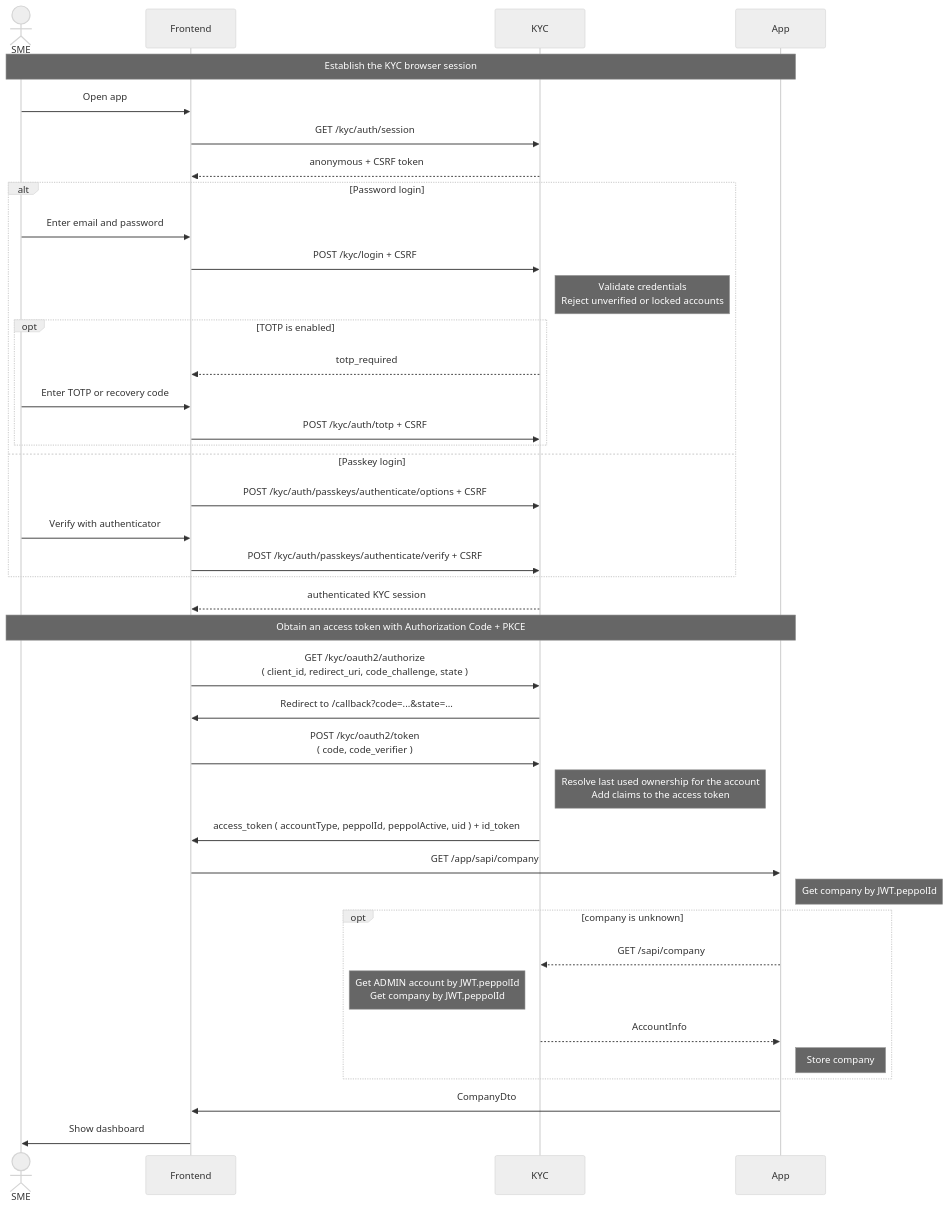
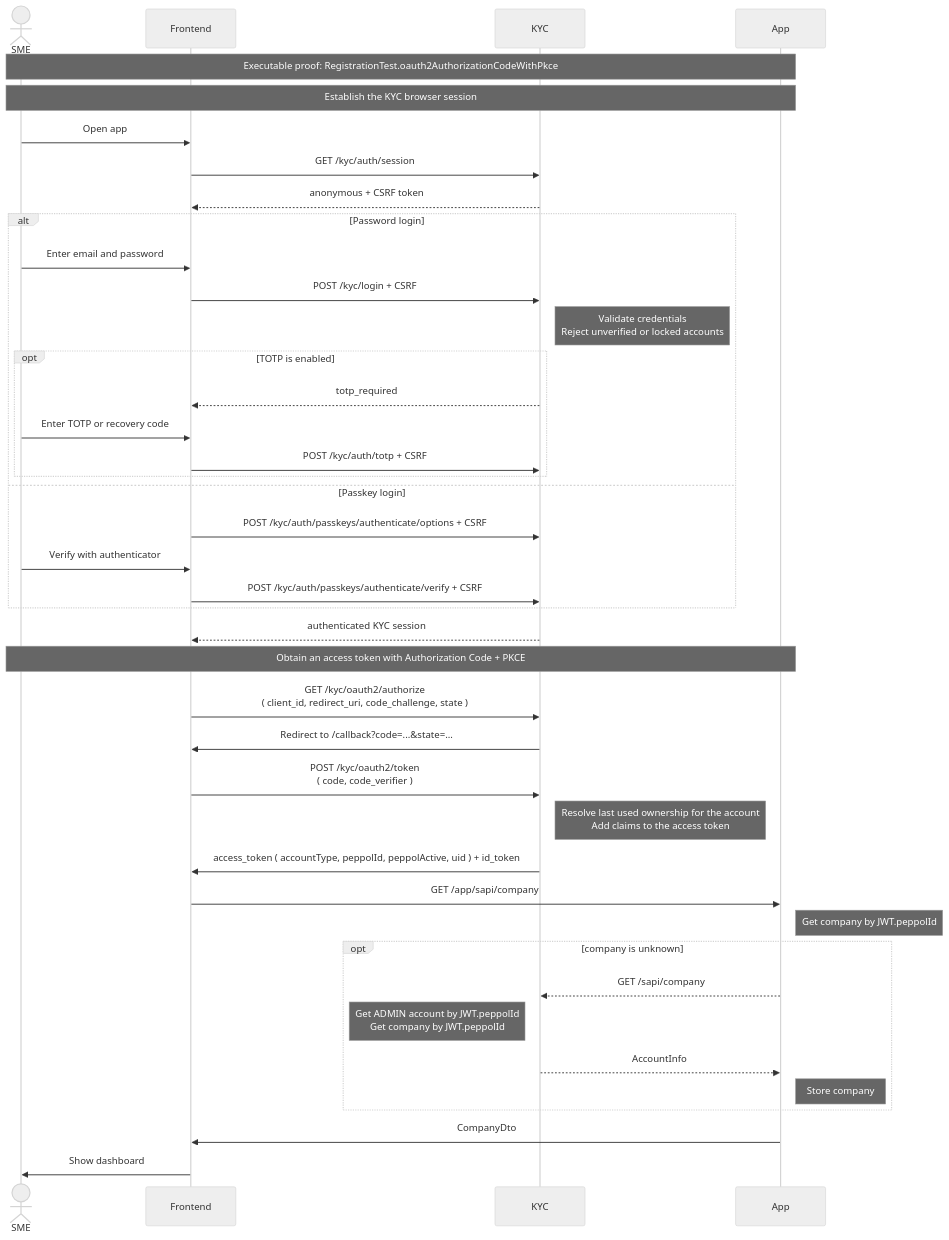
The diagram in readme/login.md (letspeppol/letspeppol), drawn with Mermaid (neutral theme) before and after one commit. The commit also changed other lines of this file and 60 other files, not shown here.

````diff
--- a/readme/login.md
+++ b/readme/login.md
@@ -13,44 +15,46 @@
 ```mermaid
 sequenceDiagram
     actor SME as SME
     participant Frontend as Frontend
     participant KYC as KYC
     participant App as App
+
+    Note over SME, App: Executable proof: RegistrationTest.oauth2AuthorizationCodeWithPkce
 
 Note over SME, App: Establish the KYC browser session
     SME ->> Frontend: Open app
     Frontend ->> KYC: GET /kyc/auth/session
     KYC -->> Frontend: anonymous + CSRF token
     alt Password login
         SME ->> Frontend: Enter email and password
         Frontend ->> KYC: POST /kyc/login + CSRF
         Note right of KYC: Validate credentials <br> Reject unverified or locked accounts
         opt TOTP is enabled
             KYC -->> Frontend: totp_required
             SME ->> Frontend: Enter TOTP or recovery code
             Frontend ->> KYC: POST /kyc/auth/totp + CSRF
         end
     else Passkey login
         Frontend ->> KYC: POST /kyc/auth/passkeys/authenticate/options + CSRF
         SME ->> Frontend: Verify with authenticator
         Frontend ->> KYC: POST /kyc/auth/passkeys/authenticate/verify + CSRF
     end
     KYC -->> Frontend: authenticated KYC session
 
 Note over SME, App: Obtain an access token with Authorization Code + PKCE
     Frontend ->> KYC: GET /kyc/oauth2/authorize <br> ( client_id, redirect_uri, code_challenge, state )
     KYC ->> Frontend: Redirect to /callback?code=...&state=...
     Frontend ->> KYC: POST /kyc/oauth2/token <br> ( code, code_verifier )
     Note right of KYC: Resolve last used ownership for the account <br> Add claims to the access token
     KYC ->> Frontend: access_token ( accountType, peppolId, peppolActive, uid ) + id_token
     Frontend ->> App: GET /app/sapi/company
     Note right of App: Get company by JWT.peppolId
     opt company is unknown
         App -->> KYC: GET /sapi/company
         Note left of KYC: Get ADMIN account by JWT.peppolId <br> Get company by JWT.peppolId
         KYC -->> App: AccountInfo
         Note right of App: Store company
     end
     App ->> Frontend: CompanyDto
     Frontend ->> SME: Show dashboard
 ```
````
